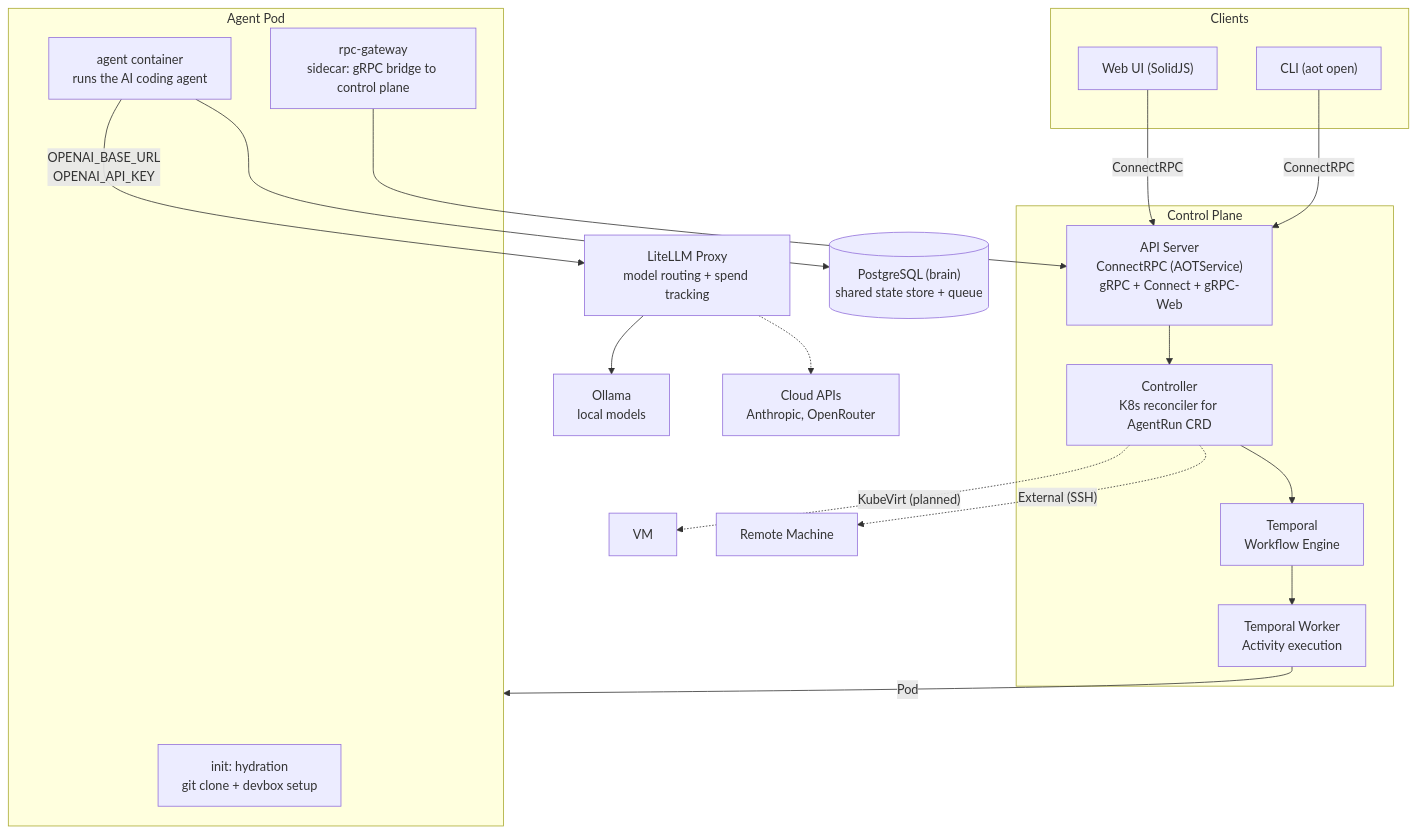
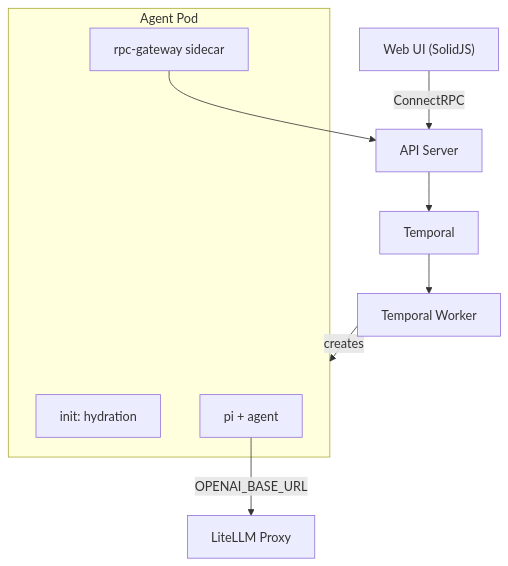
The diagram in README.md (ross-corp/uncworks), drawn with Mermaid before and after one commit. The commit also changed other lines of this file and 41 other files, not shown here.

````diff
--- a/README.md
+++ b/README.md
@@ -11,32 +38,16 @@
 ```mermaid
 graph TD
-    subgraph Clients
-        WebUI["Web UI (SolidJS)"]
-        CLI["CLI (aot open)"]
+    WebUI["Web UI (SolidJS)"] -->|ConnectRPC| API["API Server"]
+    API --> Temporal["Temporal"]
+    Temporal --> Worker["Temporal Worker"]
+    Worker -->|creates| Pod["Agent Pod"]
+
+    subgraph Pod["Agent Pod"]
+        Init["init: hydration"]
+        Agent["pi + agent"]
+        Sidecar["rpc-gateway sidecar"]
     end
 
-    WebUI & CLI -->|ConnectRPC| API
-
-    subgraph ControlPlane["Control Plane"]
-        API["API Server\nConnectRPC (AOTService)\ngRPC + Connect + gRPC-Web"]
-        API --> Controller["Controller\nK8s reconciler for AgentRun CRD"]
-        Controller --> Temporal["Temporal\nWorkflow Engine"]
-        Temporal --> Worker["Temporal Worker\nActivity execution"]
-    end
-
-    Worker -->|Pod| AgentPod
-    Controller -.->|"KubeVirt (planned)"| KV["VM"]
-    Controller -.->|"External (SSH)"| Ext["Remote Machine"]
-
-    subgraph AgentPod["Agent Pod"]
-        Init["init: hydration\ngit clone + devbox setup"]
-        Agent["agent container\nruns the AI coding agent"]
-        Sidecar["rpc-gateway\nsidecar: gRPC bridge to control plane"]
-    end
-
-    Agent -->|"OPENAI_BASE_URL\nOPENAI_API_KEY"| LiteLLM["LiteLLM Proxy\nmodel routing + spend tracking"]
-    LiteLLM --> Ollama["Ollama\nlocal models"]
-    LiteLLM -.-> Cloud["Cloud APIs\nAnthropic, OpenRouter"]
+    Agent -->|OPENAI_BASE_URL| LiteLLM["LiteLLM Proxy"]
     Sidecar --> API
-    Agent --> PG[("PostgreSQL (brain)\nshared state store + queue")]
 ```
````
